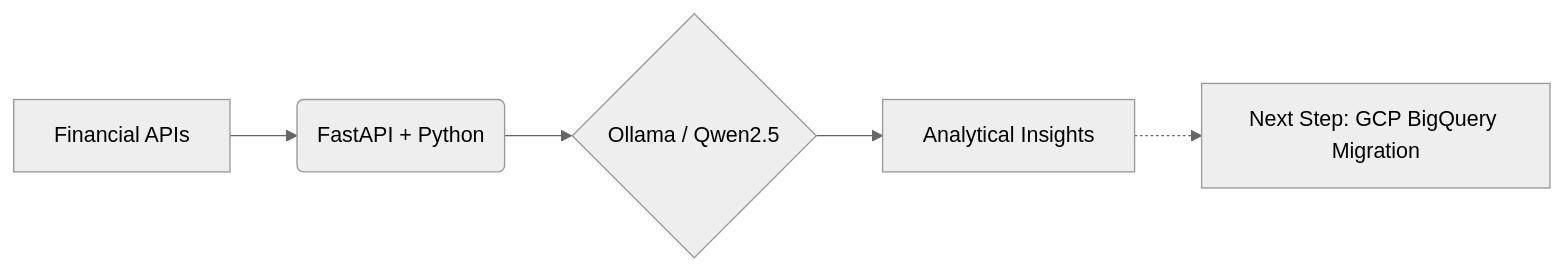
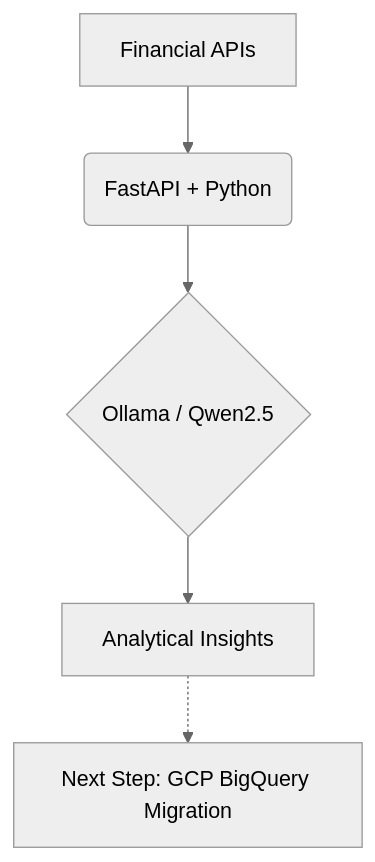
The diagram in README.md (deepan-mehta-analytics/deepan-mehta-analytics), drawn with Mermaid (neutral theme) before and after one commit.

Commit message:
Update graph direction in README.md
Change graph direction from LR to TD in README.

````diff
--- a/README.md
+++ b/README.md
@@ -62,7 +62,7 @@
 ```mermaid
-graph LR
+graph TD
     A[Financial APIs] --> B(FastAPI + Python)
     B --> C{Ollama / Qwen2.5}
     C --> D[Analytical Insights]
     D -.-> E[Next Step: GCP BigQuery Migration]
 ```
````
